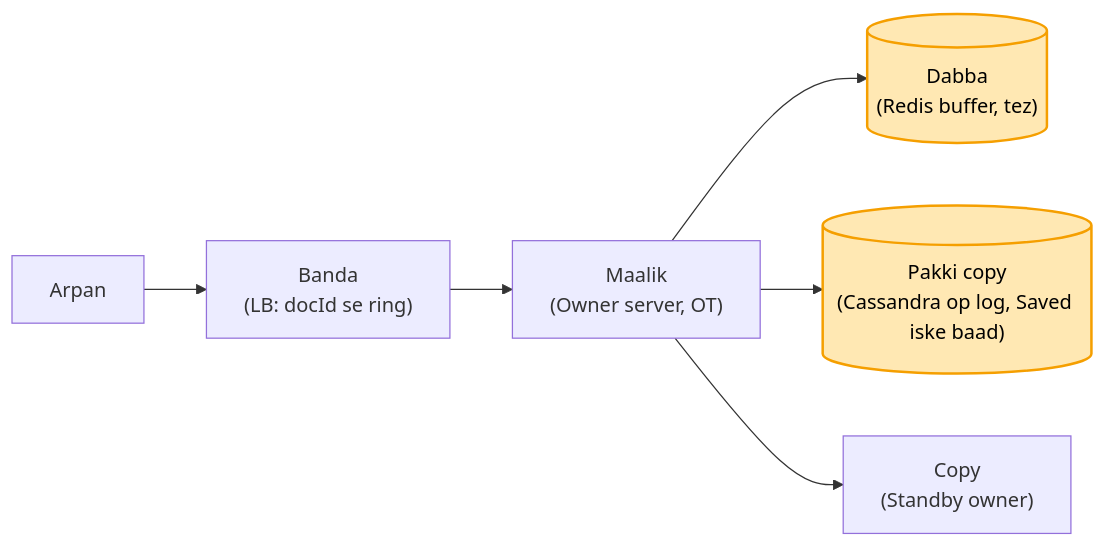
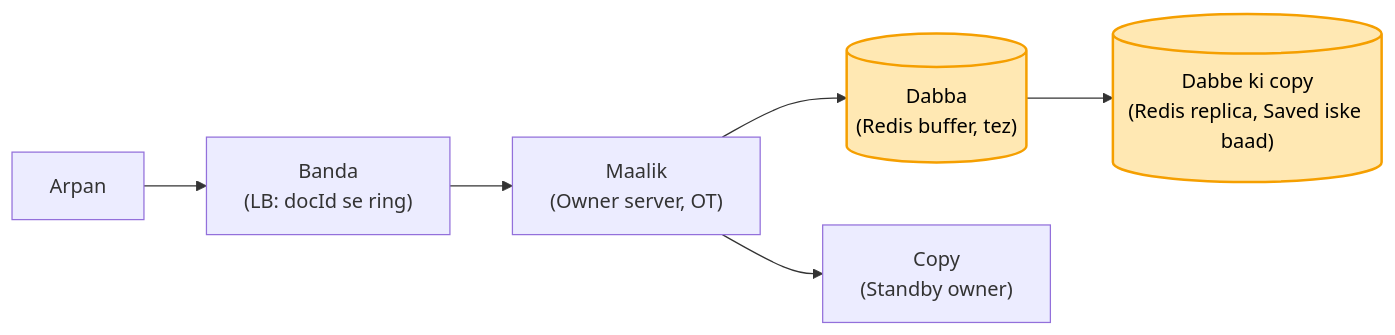
One commit to ArpanMaheshwari144/Prep changed the third of 4 diagrams in 04_HLD/SYSTEM_DESIGNS/11_google_docs_collab/11_google_docs_collab.md. Above: the diagram before and after it, drawn with Mermaid. The commit also changed other lines of this file and 2 other files, not shown here.

Commit message:
Docs kadam 5: dabbe ki copy = Redis copy (Arpan ke shabd), batch DB waise hi; notes + main + chain

````diff
--- a/04_HLD/SYSTEM_DESIGNS/11_google_docs_collab/11_google_docs_collab.md
+++ b/04_HLD/SYSTEM_DESIGNS/11_google_docs_collab/11_google_docs_collab.md
@@ -98,10 +98,10 @@
 ```mermaid
 flowchart LR
     A["Arpan"] --> LB["Banda<br/>(LB: docId se ring)"]
     LB --> O["Maalik<br/>(Owner server, OT)"]
     O --> B[("Dabba<br/>(Redis buffer, tez)")]
-    O --> D[("Pakki copy<br/>(Cassandra op log, Saved iske baad)")]
+    B --> D[("Dabbe ki copy<br/>(Redis replica, Saved iske baad)")]
     O --> C["Copy<br/>(Standby owner)"]
     style B fill:#ffe8b3,stroke:#f59f00,stroke-width:2px,color:#000
     style D fill:#ffe8b3,stroke:#f59f00,stroke-width:2px,color:#000
 ```
````
